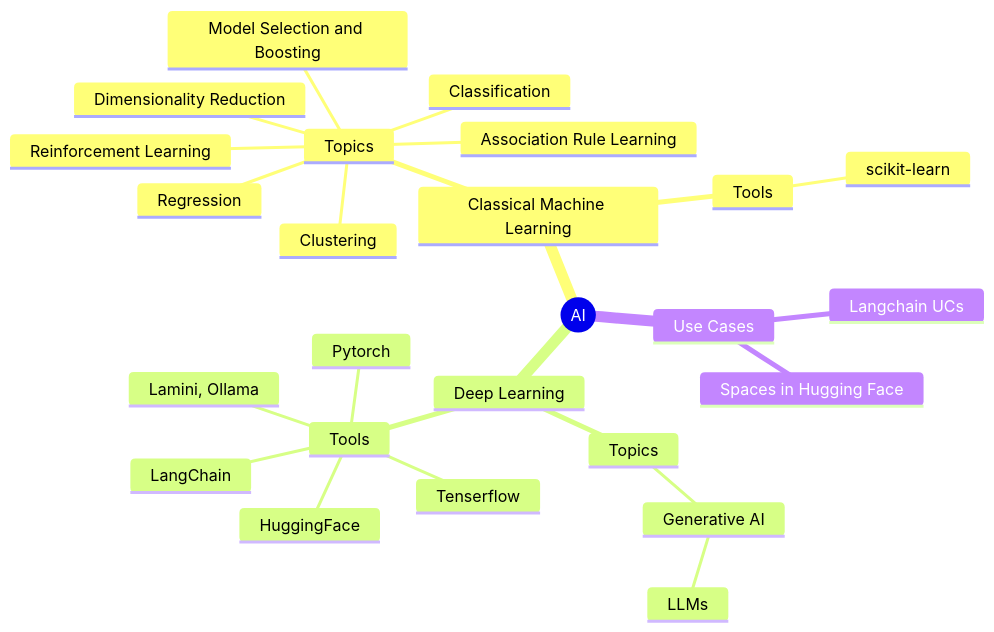
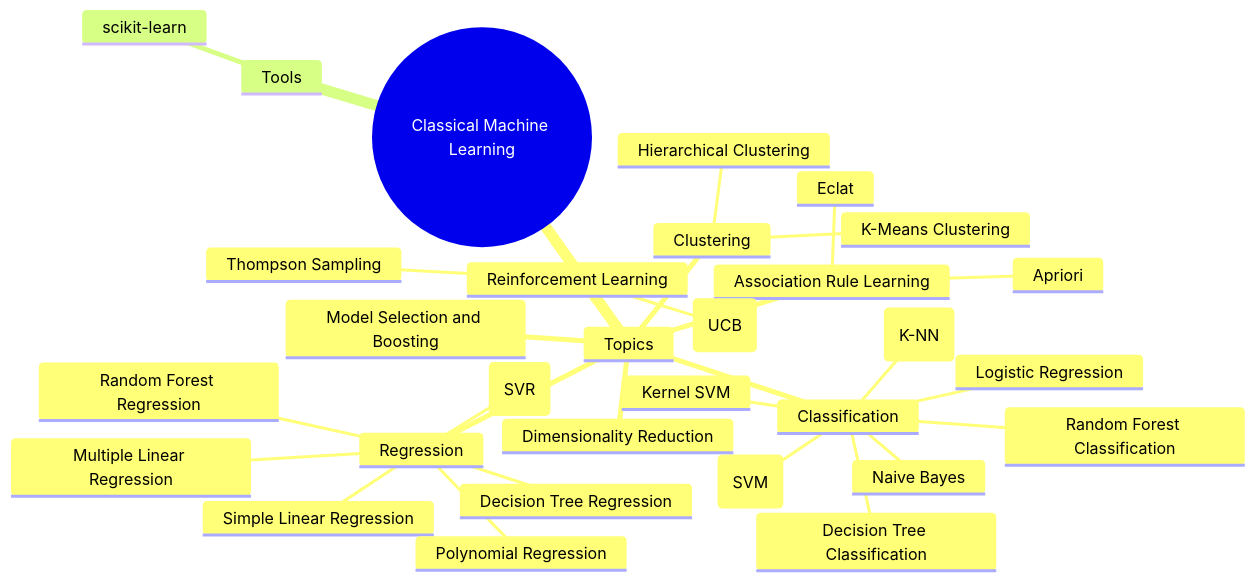
Before and after one commit to mhddenno/legendary-ml: the first of 6 diagrams in README.md, drawn with Mermaid. The commit also changed other lines of this file, not shown here.

Commit message:
split the diagrams

````diff
--- a/README.md
+++ b/README.md
@@ -31,28 +11,33 @@
 ```mermaid
 mindmap
-  root((AI))
-    Classical Machine Learning
-      Topics
-        Regression
-        Classification
-        Clustering
-        Association Rule Learning
-        Reinforcement Learning
-        Dimensionality Reduction
-        Model Selection and Boosting
-      Tools
-        scikit-learn
-    Deep Learning
-      Topics
-        Generative AI
-            LLMs
-      Tools
-        Pytorch
-        Tenserflow
-        LangChain
-        HuggingFace
-        Lamini, Ollama
-    Use Cases
-      Spaces in Hugging Face
-      Langchain UCs
+  root((Classical Machine Learning))
+    Topics
+      Regression
+          Simple Linear Regression
+          Multiple Linear Regression
+          Polynomial Regression
+          Support Vector Regression (SVR)
+          Decision Tree Regression
+          Random Forest Regression
+      Classification
+          Logistic Regression
+          K-Nearest Neighbors (K-NN)
+          Support Vector Machine (SVM)
+          Kernel SVM
+          Naive Bayes
+          Decision Tree Classification
+          Random Forest Classification
+      Clustering
+          K-Means Clustering
+          Hierarchical Clustering
+      Association Rule Learning
+          Apriori
+          Eclat
+      Reinforcement Learning
+          Upper Confidence Bound (UCB)
+          Thompson Sampling
+      Dimensionality Reduction
+      Model Selection and Boosting
+    Tools
+      scikit-learn
 ```
````
